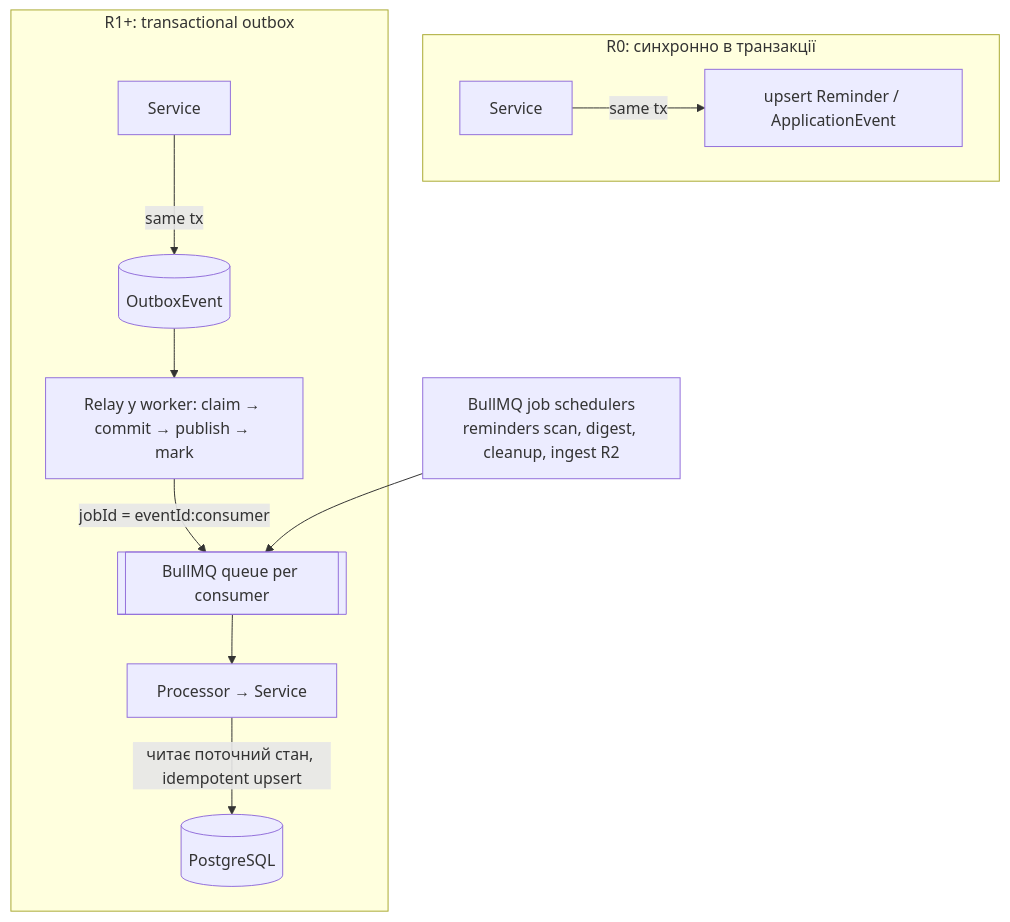
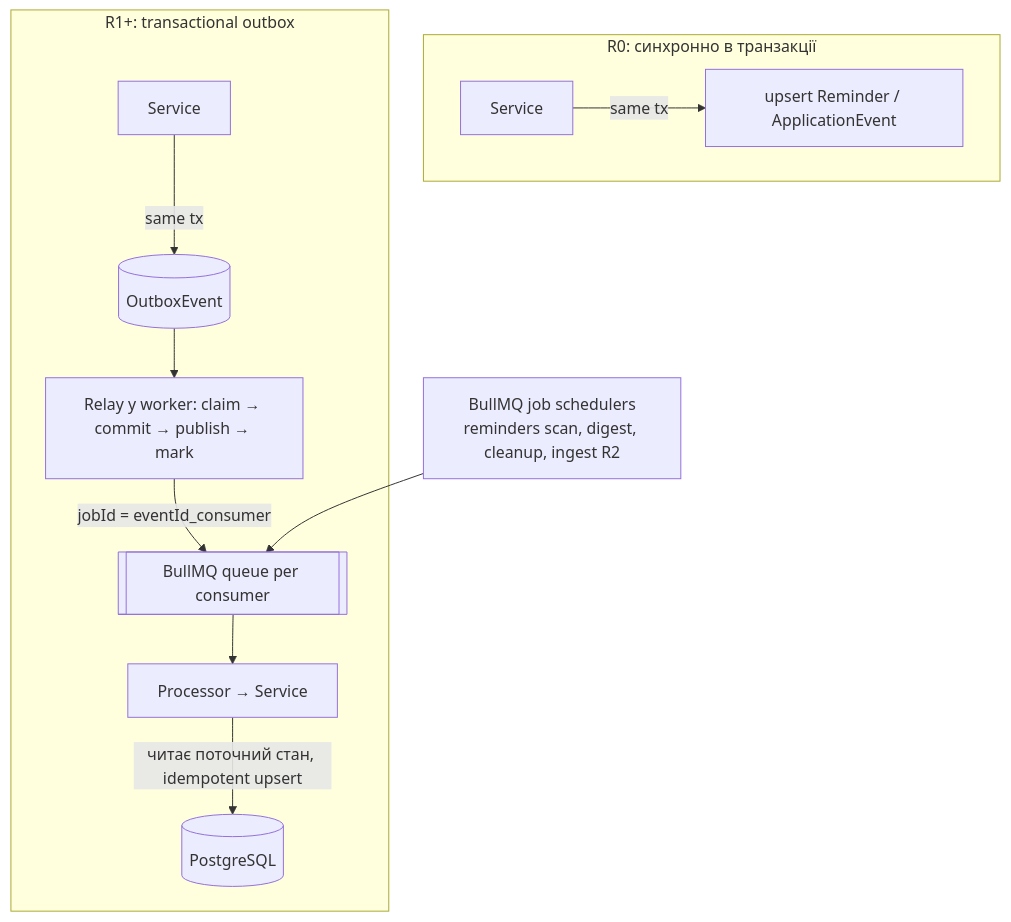
The third of 4 diagrams in docs/spec/04-architecture.md (Oleg-Baltarovych/Applyra), drawn with Mermaid before and after one commit. The commit also changed other lines of this file and 24 other files, not shown here.

````diff
--- a/docs/spec/04-architecture.md
+++ b/docs/spec/04-architecture.md
@@ -104,14 +104,14 @@
 ```mermaid
 flowchart TD
   subgraph R0["R0: синхронно в транзакції"]
     A0[Service] -->|same tx| X0[upsert Reminder / ApplicationEvent]
   end
   subgraph R1["R1+: transactional outbox"]
     A1[Service] -->|same tx| OB[(OutboxEvent)]
     OB --> RL[Relay у worker: claim → commit → publish → mark]
-    RL -->|jobId = eventId:consumer| Q1[[BullMQ queue per consumer]]
+    RL -->|jobId = eventId_consumer| Q1[[BullMQ queue per consumer]]
     Q1 --> P1[Processor → Service]
     P1 -->|читає поточний стан, idempotent upsert| DB[(PostgreSQL)]
   end
   SCH[BullMQ job schedulers<br/>reminders scan, digest, cleanup, ingest R2] --> Q1
 ```
````
